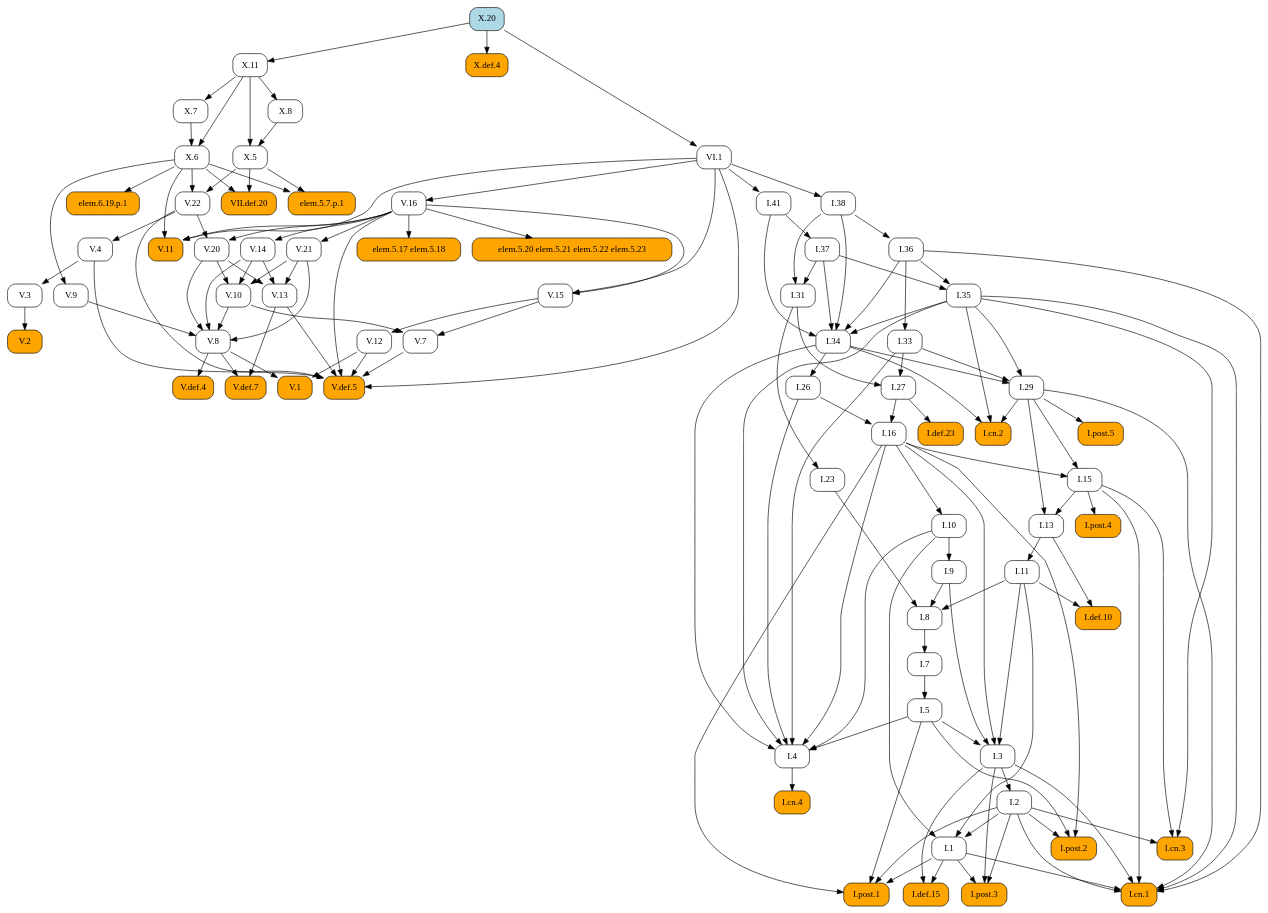
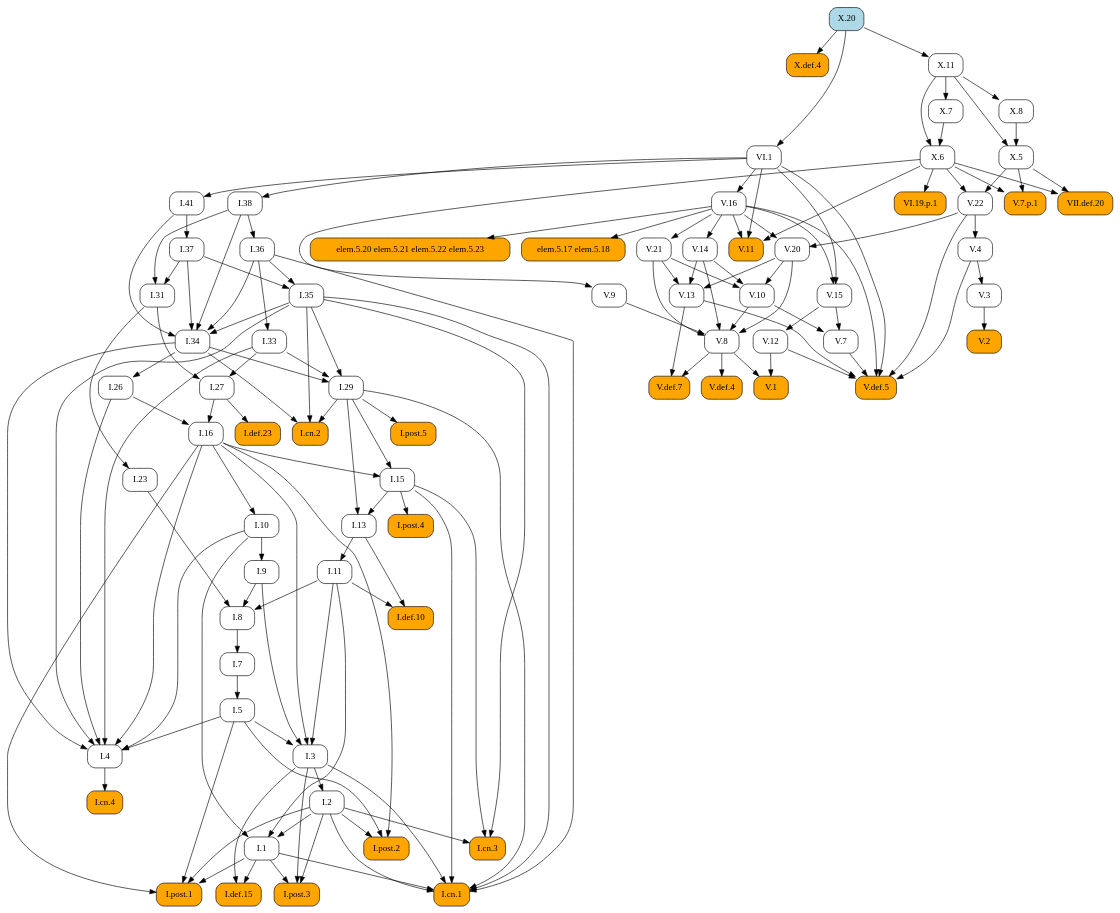
The diagram in docsrc/heath/X/20/index.rst (geometor/elements), drawn with Graphviz before and after one commit. The commit also changed 484 other files, not shown here.

```diff
--- a/docsrc/heath/X/20/index.rst
+++ b/docsrc/heath/X/20/index.rst
@@ -39,83 +39,164 @@
    digraph {
      rankdir="TB";
      node [shape=box, style=rounded];
+     "I.23" [URL="/heath/I/23/", target="_top"];
+     "I.9" [URL="/heath/I/9/", target="_top"];
+     "I.def.15" [style="rounded,filled", fillcolor=orange, URL="/heath/I/def.15/", target="_top"];
+     "V.13" [URL="/heath/V/13/", target="_top"];
+     "V.7" [URL="/heath/V/7/", target="_top"];
+     "elem.5.17 elem.5.18" [style="rounded,filled", fillcolor=orange];
+     "V.7.p.1" [style="rounded,filled", fillcolor=orange];
+     "I.post.1" [style="rounded,filled", fillcolor=orange, URL="/heath/I/post.1/", target="_top"];
+     "V.14" [URL="/heath/V/14/", target="_top"];
+     "X.6" [URL="/heath/X/6/", target="_top"];
+     "V.9" [URL="/heath/V/9/", target="_top"];
+     "I.31" [URL="/heath/I/31/", target="_top"];
+     "V.10" [URL="/heath/V/10/", target="_top"];
      "I.def.10" [style="rounded,filled", fillcolor=orange, URL="/heath/I/def.10/", target="_top"];
+     "V.4" [URL="/heath/V/4/", target="_top"];
+     "X.def.4" [style="rounded,filled", fillcolor=orange, URL="/heath/X/def.4/", target="_top"];
+     "VI.1" [URL="/heath/VI/1/", target="_top"];
+     "V.11" [style="rounded,filled", fillcolor=orange, URL="/heath/V/11/", target="_top"];
+     "X.20" [style="rounded,filled", fillcolor=lightblue, URL="/heath/X/20/", target="_top"];
+     "I.34" [URL="/heath/I/34/", target="_top"];
+     "VII.def.20" [style="rounded,filled", fillcolor=orange, URL="/heath/VII/def.20/", target="_top"];
+     "I.3" [URL="/heath/I/3/", target="_top"];
+     "V.def.4" [style="rounded,filled", fillcolor=orange, URL="/heath/V/def.4/", target="_top"];
+     "V.def.7" [style="rounded,filled", fillcolor=orange, URL="/heath/V/def.7/", target="_top"];
+     "V.21" [URL="/heath/V/21/", target="_top"];
+     "I.2" [URL="/heath/I/2/", target="_top"];
+     "V.3" [URL="/heath/V/3/", target="_top"];
+     "I.13" [URL="/heath/I/13/", target="_top"];
+     "I.post.4" [style="rounded,filled", fillcolor=orange, URL="/heath/I/post.4/", target="_top"];
+     "I.4" [URL="/heath/I/4/", target="_top"];
+     "I.1" [URL="/heath/I/1/", target="_top"];
+     "I.8" [URL="/heath/I/8/", target="_top"];
+     "I.29" [URL="/heath/I/29/", target="_top"];
+     "I.38" [URL="/heath/I/38/", target="_top"];
+     "V.8" [URL="/heath/V/8/", target="_top"];
+     "I.15" [URL="/heath/I/15/", target="_top"];
+     "I.10" [URL="/heath/I/10/", target="_top"];
      "I.11" [URL="/heath/I/11/", target="_top"];
-     "I.post.4" [style="rounded,filled", fillcolor=orange, URL="/heath/I/post.4/", target="_top"];
-     "I.1" [URL="/heath/I/1/", target="_top"];
+     "I.def.23" [style="rounded,filled", fillcolor=orange, URL="/heath/I/def.23/", target="_top"];
+     "I.26" [URL="/heath/I/26/", target="_top"];
+     "V.16" [URL="/heath/V/16/", target="_top"];
+     "I.33" [URL="/heath/I/33/", target="_top"];
+     "X.11" [URL="/heath/X/11/", target="_top"];
+     "X.8" [URL="/heath/X/8/", target="_top"];
+     "I.post.3" [style="rounded,filled", fillcolor=orange, URL="/heath/I/post.3/", target="_top"];
      "V.def.5" [style="rounded,filled", fillcolor=orange, URL="/heath/V/def.5/", target="_top"];
-     "V.13" [URL="/heath/V/13/", target="_top"];
-     "V.11" [style="rounded,filled", fillcolor=orange, URL="/heath/V/11/", target="_top"];
-     "I.post.3" [style="rounded,filled", fillcolor=orange, URL="/heath/I/post.3/", target="_top"];
-     "VI.1" [URL="/heath/VI/1/", target="_top"];
+     "V.20" [URL="/heath/V/20/", target="_top"];
+     "I.27" [URL="/heath/I/27/", target="_top"];
+     "V.12" [URL="/heath/V/12/", target="_top"];
+     "I.35" [URL="/heath/I/35/", target="_top"];
+     "I.cn.1" [style="rounded,filled", fillcolor=orange, URL="/heath/I/cn.1/", target="_top"];
+     "V.2" [style="rounded,filled", fillcolor=orange, URL="/heath/V/2/", target="_top"];
+     "I.7" [URL="/heath/I/7/", target="_top"];
+     "I.36" [URL="/heath/I/36/", target="_top"];
+     "X.5" [URL="/heath/X/5/", target="_top"];
+     "I.5" [URL="/heath/I/5/", target="_top"];
+     "I.37" [URL="/heath/I/37/", target="_top"];
+     "VI.19.p.1" [style="rounded,filled", fillcolor=orange];
      "I.cn.3" [style="rounded,filled", fillcolor=orange, URL="/heath/I/cn.3/", target="_top"];
-     "V.16" [URL="/heath/V/16/", target="_top"];
-     "V.3" [URL="/heath/V/3/", target="_top"];
+     "I.16" [URL="/heath/I/16/", target="_top"];
      "X.7" [URL="/heath/X/7/", target="_top"];
+     "V.22" [URL="/heath/V/22/", target="_top"];
+     "V.1" [style="rounded,filled", fillcolor=orange, URL="/heath/V/1/", target="_top"];
+     "I.cn.2" [style="rounded,filled", fillcolor=orange, URL="/heath/I/cn.2/", target="_top"];
+     "I.post.5" [style="rounded,filled", fillcolor=orange, URL="/heath/I/post.5/", target="_top"];
+     "I.cn.4" [style="rounded,filled", fillcolor=orange, URL="/heath/I/cn.4/", target="_top"];
      "I.41" [URL="/heath/I/41/", target="_top"];
-     "I.36" [URL="/heath/I/36/", target="_top"];
-     "I.27" [URL="/heath/I/27/", target="_top"];
-     "V.8" [URL="/heath/V/8/", target="_top"];
-     "I.37" [URL="/heath/I/37/", target="_top"];
-     "I.34" [URL="/heath/I/34/", target="_top"];
-     "I.2" [URL="/heath/I/2/", target="_top"];
-     "I.def.23" [style="rounded,filled", fillcolor=orange, URL="/heath/I/def.23/", target="_top"];
-     "I.33" [URL="/heath/I/33/", target="_top"];
+     "V.15" [URL="/heath/V/15/", target="_top"];
      "I.post.2" [style="rounded,filled", fillcolor=orange, URL="/heath/I/post.2/", target="_top"];
      "elem.5.20 elem.5.21 elem.5.22 elem.5.23" [style="rounded,filled", fillcolor=orange];
-     "I.9" [URL="/heath/I/9/", target="_top"];
-     "X.def.4" [style="rounded,filled", fillcolor=orange, URL="/heath/X/def.4/", target="_top"];
-     "I.cn.4" [style="rounded,filled", fillcolor=orange, URL="/heath/I/cn.4/", target="_top"];
-     "V.def.4" [style="rounded,filled", fillcolor=orange, URL="/heath/V/def.4/", target="_top"];
-     "I.15" [URL="/heath/I/15/", target="_top"];
-     "I.38" [URL="/heath/I/38/", target="_top"];
-     "V.def.7" [style="rounded,filled", fillcolor=orange, URL="/heath/V/def.7/", target="_top"];
-     "VII.def.20" [style="rounded,filled", fillcolor=orange, URL="/heath/VII/def.20/", target="_top"];
-     "I.5" [URL="/heath/I/5/", target="_top"];
-     "V.21" [URL="/heath/V/21/", target="_top"];
-     "I.26" [URL="/heath/I/26/", target="_top"];
-     "V.14" [URL="/heath/V/14/", target="_top"];
-     "I.29" [URL="/heath/I/29/", target="_top"];
-     "V.12" [URL="/heath/V/12/", target="_top"];
-     "V.22" [URL="/heath/V/22/", target="_top"];
-     "I.cn.2" [style="rounded,filled", fillcolor=orange, URL="/heath/I/cn.2/", target="_top"];
-     "X.6" [URL="/heath/X/6/", target="_top"];
-     "X.8" [URL="/heath/X/8/", target="_top"];
-     "V.20" [URL="/heath/V/20/", target="_top"];
-     "V.10" [URL="/heath/V/10/", target="_top"];
-     "I.def.15" [style="rounded,filled", fillcolor=orange, URL="/heath/I/def.15/", target="_top"];
-     "V.15" [URL="/heath/V/15/", target="_top"];
-     "I.cn.1" [style="rounded,filled", fillcolor=orange, URL="/heath/I/cn.1/", target="_top"];
-     "V.7" [URL="/heath/V/7/", target="_top"];
-     "V.9" [URL="/heath/V/9/", target="_top"];
-     "I.23" [URL="/heath/I/23/", target="_top"];
-     "I.post.1" [style="rounded,filled", fillcolor=orange, URL="/heath/I/post.1/", target="_top"];
-     "elem.6.19.p.1" [style="rounded,filled", fillcolor=orange];
-     "I.35" [URL="/heath/I/35/", target="_top"];
-     "I.7" [URL="/heath/I/7/", target="_top"];
-     "X.20" [style="rounded,filled", fillcolor=lightblue, URL="/heath/X/20/", target="_top"];
-     "I.3" [URL="/heath/I/3/", target="_top"];
-     "I.4" [URL="/heath/I/4/", target="_top"];
-     "I.13" [URL="/heath/I/13/", target="_top"];
-     "V.4" [URL="/heath/V/4/", target="_top"];
-     "elem.5.7.p.1" [style="rounded,filled", fillcolor=orange];
-     "I.31" [URL="/heath/I/31/", target="_top"];
-     "V.1" [style="rounded,filled", fillcolor=orange, URL="/heath/V/1/", target="_top"];
-     "I.16" [URL="/heath/I/16/", target="_top"];
-     "elem.5.17 elem.5.18" [style="rounded,filled", fillcolor=orange];
-     "X.5" [URL="/heath/X/5/", target="_top"];
-     "X.11" [URL="/heath/X/11/", target="_top"];
-     "I.8" [URL="/heath/I/8/", target="_top"];
-     "V.2" [style="rounded,filled", fillcolor=orange, URL="/heath/V/2/", target="_top"];
-     "I.post.5" [style="rounded,filled", fillcolor=orange, URL="/heath/I/post.5/", target="_top"];
-     "I.10" [URL="/heath/I/10/", target="_top"];
+     "I.31" -> "I.23";
+     "I.10" -> "I.9";
+     "I.1" -> "I.def.15";
+     "I.3" -> "I.def.15";
+     "V.14" -> "V.13";
+     "V.20" -> "V.13";
+     "V.21" -> "V.13";
+     "V.10" -> "V.7";
+     "V.15" -> "V.7";
+     "V.16" -> "elem.5.17 elem.5.18";
+     "X.5" -> "V.7.p.1";
+     "X.6" -> "V.7.p.1";
+     "I.1" -> "I.post.1";
+     "I.2" -> "I.post.1";
+     "I.5" -> "I.post.1";
+     "I.16" -> "I.post.1";
+     "V.16" -> "V.14";
+     "X.7" -> "X.6";
+     "X.11" -> "X.6";
+     "X.6" -> "V.9";
+     "I.37" -> "I.31";
+     "I.38" -> "I.31";
+     "V.14" -> "V.10";
+     "V.20" -> "V.10";
+     "V.21" -> "V.10";
      "I.11" -> "I.def.10";
      "I.13" -> "I.def.10";
-     "I.13" -> "I.11";
+     "V.22" -> "V.4";
+     "X.20" -> "X.def.4";
+     "X.20" -> "VI.1";
+     "V.16" -> "V.11";
+     "VI.1" -> "V.11";
+     "X.6" -> "V.11";
+     "I.35" -> "I.34";
+     "I.36" -> "I.34";
+     "I.37" -> "I.34";
+     "I.38" -> "I.34";
+     "I.41" -> "I.34";
+     "X.5" -> "VII.def.20";
+     "X.6" -> "VII.def.20";
+     "I.5" -> "I.3";
+     "I.9" -> "I.3";
+     "I.11" -> "I.3";
+     "I.16" -> "I.3";
+     "V.8" -> "V.def.4";
+     "V.8" -> "V.def.7";
+     "V.13" -> "V.def.7";
+     "V.16" -> "V.21";
+     "I.3" -> "I.2";
+     "V.4" -> "V.3";
+     "I.15" -> "I.13";
+     "I.29" -> "I.13";
      "I.15" -> "I.post.4";
+     "I.5" -> "I.4";
+     "I.10" -> "I.4";
+     "I.16" -> "I.4";
+     "I.26" -> "I.4";
+     "I.33" -> "I.4";
+     "I.34" -> "I.4";
+     "I.35" -> "I.4";
      "I.2" -> "I.1";
      "I.10" -> "I.1";
      "I.11" -> "I.1";
+     "I.9" -> "I.8";
+     "I.11" -> "I.8";
+     "I.23" -> "I.8";
+     "I.33" -> "I.29";
+     "I.34" -> "I.29";
+     "I.35" -> "I.29";
+     "VI.1" -> "I.38";
+     "V.9" -> "V.8";
+     "V.10" -> "V.8";
+     "V.14" -> "V.8";
+     "V.20" -> "V.8";
+     "V.21" -> "V.8";
+     "I.16" -> "I.15";
+     "I.29" -> "I.15";
+     "I.16" -> "I.10";
+     "I.13" -> "I.11";
+     "I.27" -> "I.def.23";
+     "I.34" -> "I.26";
+     "VI.1" -> "V.16";
+     "I.36" -> "I.33";
+     "X.20" -> "X.11";
+     "X.11" -> "X.8";
+     "I.1" -> "I.post.3";
+     "I.2" -> "I.post.3";
+     "I.3" -> "I.post.3";
      "V.4" -> "V.def.5";
      "V.7" -> "V.def.5";
      "V.12" -> "V.def.5";
@@ -123,80 +204,13 @@
      "V.16" -> "V.def.5";
      "V.22" -> "V.def.5";
      "VI.1" -> "V.def.5";
-     "V.14" -> "V.13";
-     "V.20" -> "V.13";
-     "V.21" -> "V.13";
-     "V.16" -> "V.11";
-     "VI.1" -> "V.11";
-     "X.6" -> "V.11";
-     "I.1" -> "I.post.3";
-     "I.2" -> "I.post.3";
-     "I.3" -> "I.post.3";
-     "X.20" -> "VI.1";
-     "I.2" -> "I.cn.3";
-     "I.15" -> "I.cn.3";
-     "I.35" -> "I.cn.3";
-     "VI.1" -> "V.16";
-     "V.4" -> "V.3";
-     "X.11" -> "X.7";
-     "VI.1" -> "I.41";
-     "I.38" -> "I.36";
+     "V.16" -> "V.20";
+     "V.22" -> "V.20";
      "I.31" -> "I.27";
      "I.33" -> "I.27";
-     "V.9" -> "V.8";
-     "V.10" -> "V.8";
-     "V.14" -> "V.8";
-     "V.20" -> "V.8";
-     "V.21" -> "V.8";
-     "I.41" -> "I.37";
-     "I.35" -> "I.34";
-     "I.36" -> "I.34";
-     "I.37" -> "I.34";
-     "I.38" -> "I.34";
-     "I.41" -> "I.34";
-     "I.3" -> "I.2";
-     "I.27" -> "I.def.23";
-     "I.36" -> "I.33";
-     "I.2" -> "I.post.2";
-     "I.5" -> "I.post.2";
-     "I.16" -> "I.post.2";
-     "V.16" -> "elem.5.20 elem.5.21 elem.5.22 elem.5.23";
-     "I.10" -> "I.9";
-     "X.20" -> "X.def.4";
-     "I.4" -> "I.cn.4";
-     "V.8" -> "V.def.4";
-     "I.16" -> "I.15";
-     "I.29" -> "I.15";
-     "VI.1" -> "I.38";
-     "V.8" -> "V.def.7";
-     "V.13" -> "V.def.7";
-     "X.5" -> "VII.def.20";
-     "X.6" -> "VII.def.20";
-     "I.7" -> "I.5";
-     "V.16" -> "V.21";
-     "I.34" -> "I.26";
-     "V.16" -> "V.14";
-     "I.33" -> "I.29";
-     "I.34" -> "I.29";
-     "I.35" -> "I.29";
      "V.15" -> "V.12";
-     "X.5" -> "V.22";
-     "X.6" -> "V.22";
-     "I.29" -> "I.cn.2";
-     "I.34" -> "I.cn.2";
-     "I.35" -> "I.cn.2";
-     "X.7" -> "X.6";
-     "X.11" -> "X.6";
-     "X.11" -> "X.8";
-     "V.16" -> "V.20";
-     "V.22" -> "V.20";
-     "V.14" -> "V.10";
-     "V.20" -> "V.10";
-     "V.21" -> "V.10";
-     "I.1" -> "I.def.15";
-     "I.3" -> "I.def.15";
-     "V.16" -> "V.15";
-     "VI.1" -> "V.15";
+     "I.36" -> "I.35";
+     "I.37" -> "I.35";
      "I.1" -> "I.cn.1";
      "I.2" -> "I.cn.1";
      "I.3" -> "I.cn.1";
@@ -204,48 +218,34 @@
      "I.29" -> "I.cn.1";
      "I.35" -> "I.cn.1";
      "I.36" -> "I.cn.1";
-     "V.10" -> "V.7";
-     "V.15" -> "V.7";
-     "X.6" -> "V.9";
-     "I.31" -> "I.23";
-     "I.1" -> "I.post.1";
-     "I.2" -> "I.post.1";
-     "I.5" -> "I.post.1";
-     "I.16" -> "I.post.1";
-     "X.6" -> "elem.6.19.p.1";
-     "I.36" -> "I.35";
-     "I.37" -> "I.35";
+     "V.3" -> "V.2";
      "I.8" -> "I.7";
-     "I.5" -> "I.3";
-     "I.9" -> "I.3";
-     "I.11" -> "I.3";
-     "I.16" -> "I.3";
-     "I.5" -> "I.4";
-     "I.10" -> "I.4";
-     "I.16" -> "I.4";
-     "I.26" -> "I.4";
-     "I.33" -> "I.4";
-     "I.34" -> "I.4";
-     "I.35" -> "I.4";
-     "I.15" -> "I.13";
-     "I.29" -> "I.13";
-     "V.22" -> "V.4";
-     "X.5" -> "elem.5.7.p.1";
-     "X.6" -> "elem.5.7.p.1";
-     "I.37" -> "I.31";
-     "I.38" -> "I.31";
+     "I.38" -> "I.36";
+     "X.8" -> "X.5";
+     "X.11" -> "X.5";
+     "I.7" -> "I.5";
+     "I.41" -> "I.37";
+     "X.6" -> "VI.19.p.1";
+     "I.2" -> "I.cn.3";
+     "I.15" -> "I.cn.3";
+     "I.35" -> "I.cn.3";
+     "I.26" -> "I.16";
+     "I.27" -> "I.16";
+     "X.11" -> "X.7";
+     "X.5" -> "V.22";
+     "X.6" -> "V.22";
      "V.8" -> "V.1";
      "V.12" -> "V.1";
-     "I.26" -> "I.16";
-     "I.27" -> "I.16";
-     "V.16" -> "elem.5.17 elem.5.18";
-     "X.8" -> "X.5";
-     "X.11" -> "X.5";
-     "X.20" -> "X.11";
-     "I.9" -> "I.8";
-     "I.11" -> "I.8";
-     "I.23" -> "I.8";
-     "V.3" -> "V.2";
+     "I.29" -> "I.cn.2";
+     "I.34" -> "I.cn.2";
+     "I.35" -> "I.cn.2";
      "I.29" -> "I.post.5";
-     "I.16" -> "I.10";
+     "I.4" -> "I.cn.4";
+     "VI.1" -> "I.41";
+     "V.16" -> "V.15";
+     "VI.1" -> "V.15";
+     "I.2" -> "I.post.2";
+     "I.5" -> "I.post.2";
+     "I.16" -> "I.post.2";
+     "V.16" -> "elem.5.20 elem.5.21 elem.5.22 elem.5.23";
    }
```
